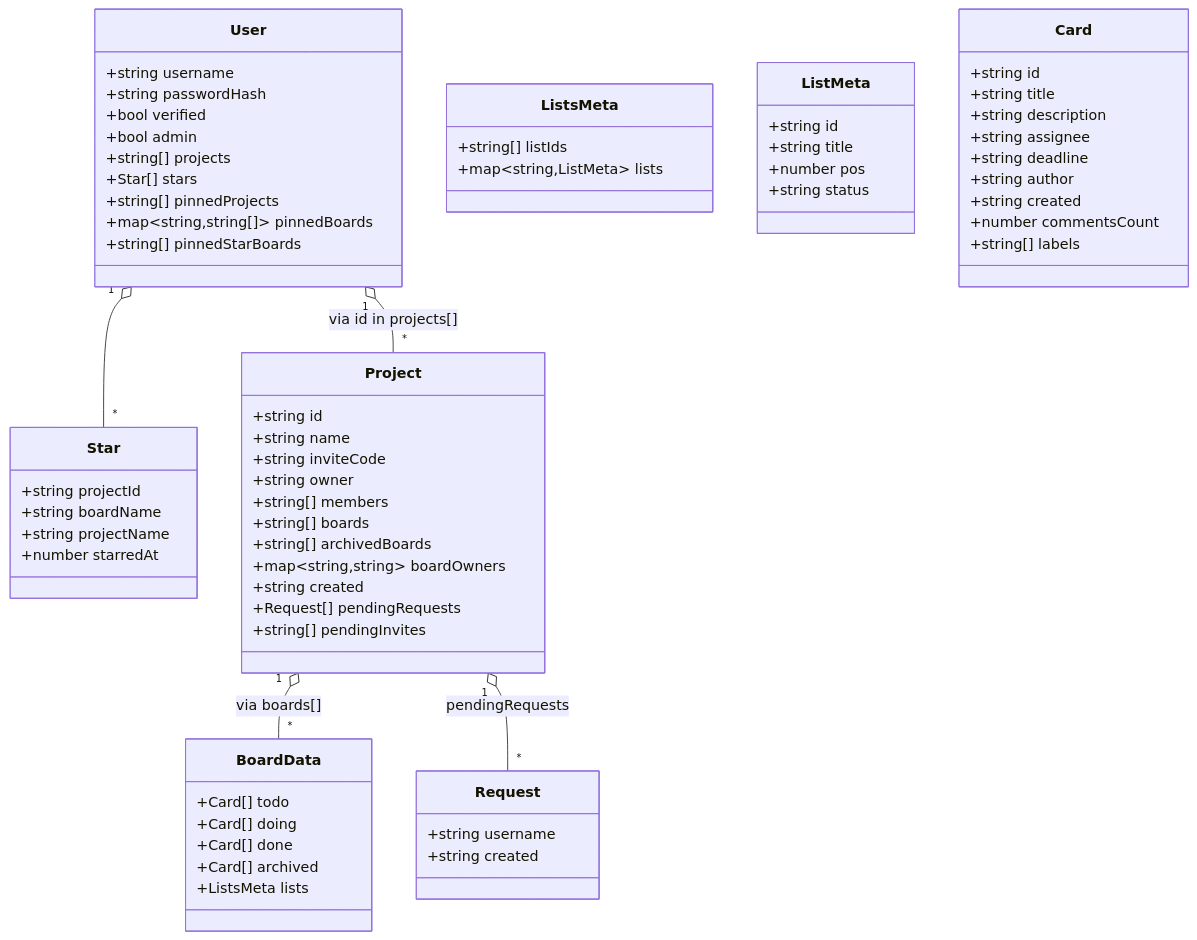
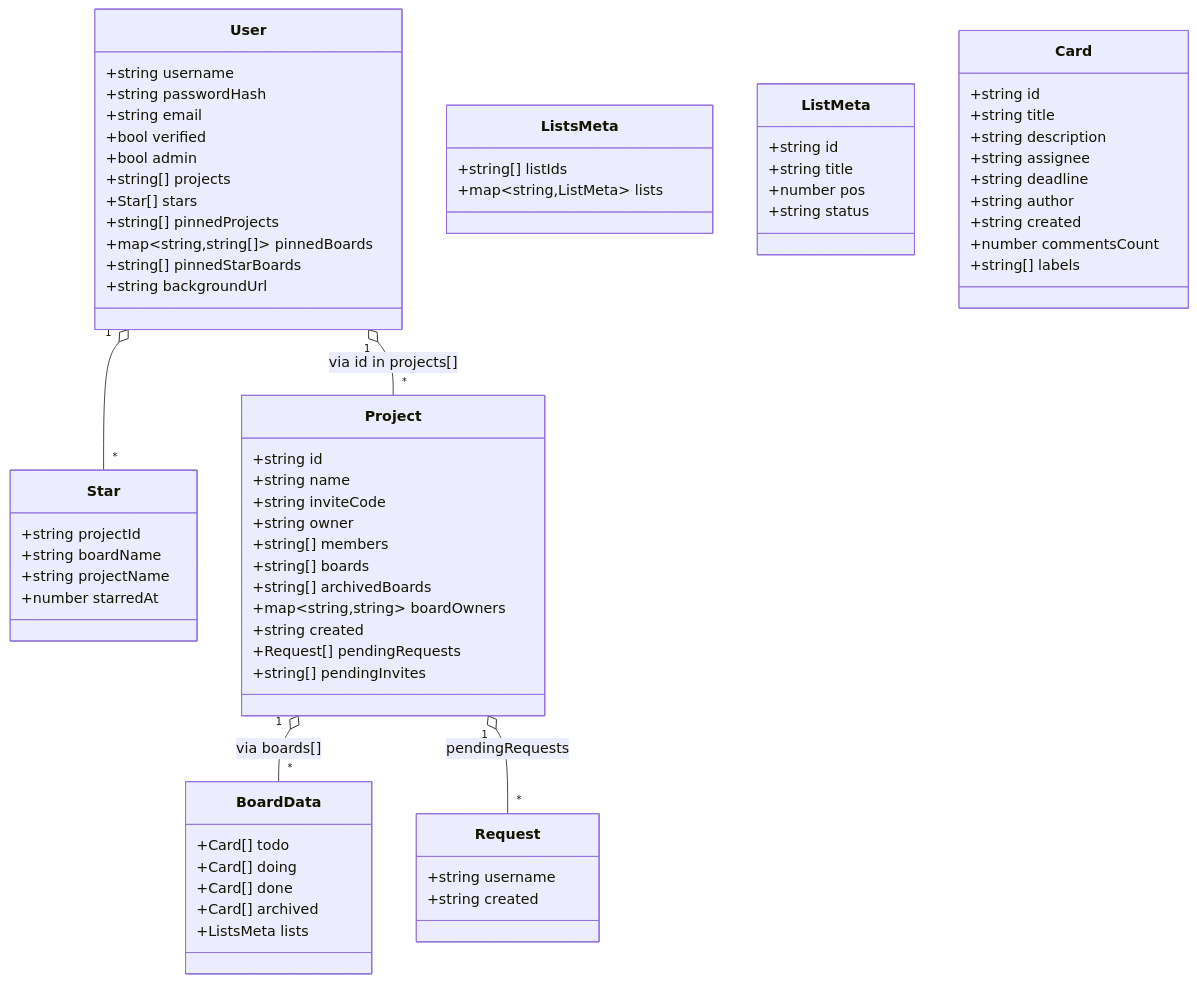
Before and after one commit to lhr-pub/kanban: the sixth of 6 diagrams in README.md, drawn with Mermaid. The commit also changed other lines of this file and 2 other files, not shown here.

````diff
--- a/README.md
+++ b/README.md
@@ -303,76 +304,78 @@
 ```mermaid
 classDiagram
   class User {
     +string username
     +string passwordHash
+    +string email
     +bool verified
     +bool admin
     +string[] projects
     +Star[] stars
     +string[] pinnedProjects
     +map~string,string[]~ pinnedBoards
     +string[] pinnedStarBoards
+    +string backgroundUrl
   }
 
   class Star {
     +string projectId
     +string boardName
     +string projectName
     +number starredAt
   }
 
   class Project {
     +string id
     +string name
     +string inviteCode
     +string owner
     +string[] members
     +string[] boards
     +string[] archivedBoards
     +map~string,string~ boardOwners
     +string created
     +Request[] pendingRequests
     +string[] pendingInvites
   }
 
   class BoardData {
     +Card[] todo
     +Card[] doing
     +Card[] done
     +Card[] archived
     +ListsMeta lists
   }
 
   class ListsMeta {
     +string[] listIds
     +map~string,ListMeta~ lists
   }
   class ListMeta {
     +string id
     +string title
     +number pos
     +string status
   }
 
   class Card {
     +string id
     +string title
     +string description
     +string assignee
     +string deadline
     +string author
     +string created
     +number commentsCount
     +string[] labels
   }
 
   class Request {
     +string username
     +string created
   }
 
   User "1" o-- "*" Star
   User "1" o-- "*" Project : via id in projects[]
   Project "1" o-- "*" BoardData : via boards[]
   Project "1" o-- "*" Request : pendingRequests
 ```
````
